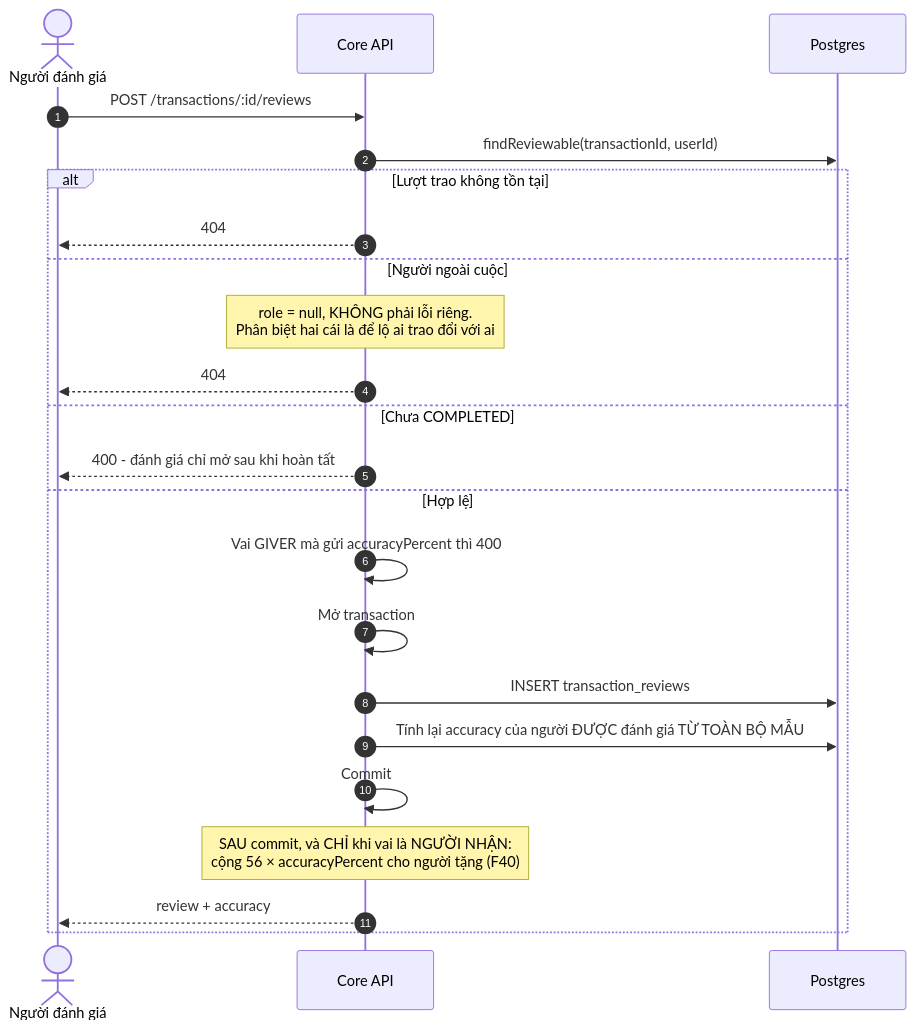
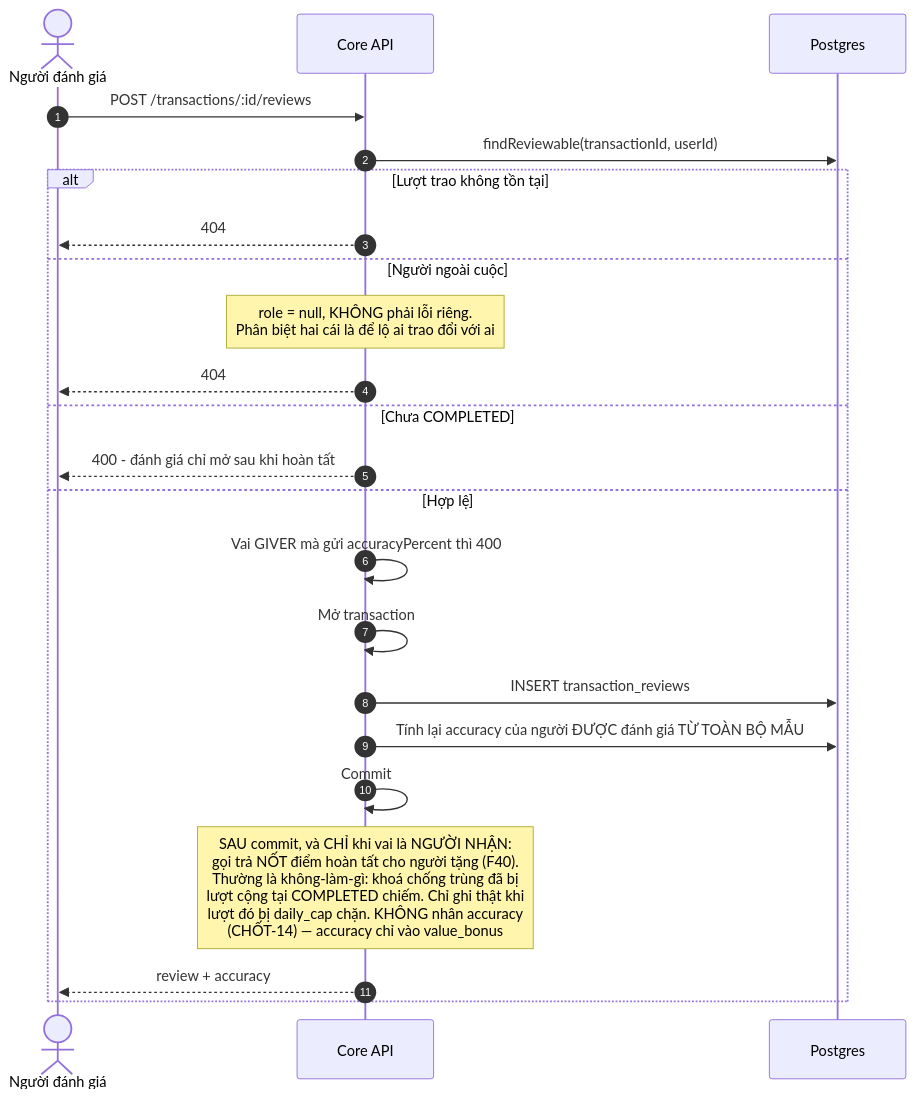
The second of 5 diagrams in docs/diagram/13-review.md (fdshn/trueheart), drawn with Mermaid before and after one commit. The commit also changed other lines of this file and 18 other files, not shown here.

First line of the commit message:
feat(f40): dời mốc cộng điểm hoàn tất sang COMPLETED theo CHỐT-14

````diff
--- a/docs/diagram/13-review.md
+++ b/docs/diagram/13-review.md
@@ -42,26 +45,26 @@
 ```mermaid
 sequenceDiagram
     autonumber
     actor U as Người đánh giá
     participant API as Core API
     participant DB as Postgres
 
     U->>API: POST /transactions/:id/reviews
     API->>DB: findReviewable(transactionId, userId)
     alt Lượt trao không tồn tại
         API-->>U: 404
     else Người ngoài cuộc
         Note over API: role = null, KHÔNG phải lỗi riêng.<br/>Phân biệt hai cái là để lộ ai trao đổi với ai
         API-->>U: 404
     else Chưa COMPLETED
         API-->>U: 400 - đánh giá chỉ mở sau khi hoàn tất
     else Hợp lệ
         API->>API: Vai GIVER mà gửi accuracyPercent thì 400
         API->>API: Mở transaction
         API->>DB: INSERT transaction_reviews
         API->>DB: Tính lại accuracy của người ĐƯỢC đánh giá TỪ TOÀN BỘ MẪU
         API->>API: Commit
-        Note over API: SAU commit, và CHỈ khi vai là NGƯỜI NHẬN:<br/>cộng 56 × accuracyPercent cho người tặng (F40)
+        Note over API: SAU commit, và CHỈ khi vai là NGƯỜI NHẬN:<br/>gọi trả NỐT điểm hoàn tất cho người tặng (F40).<br/>Thường là không-làm-gì: khoá chống trùng đã bị<br/>lượt cộng tại COMPLETED chiếm. Chỉ ghi thật khi<br/>lượt đó bị daily_cap chặn. KHÔNG nhân accuracy<br/>(CHỐT-14) — accuracy chỉ vào value_bonus
         API-->>U: review + accuracy
     end
 ```
````
